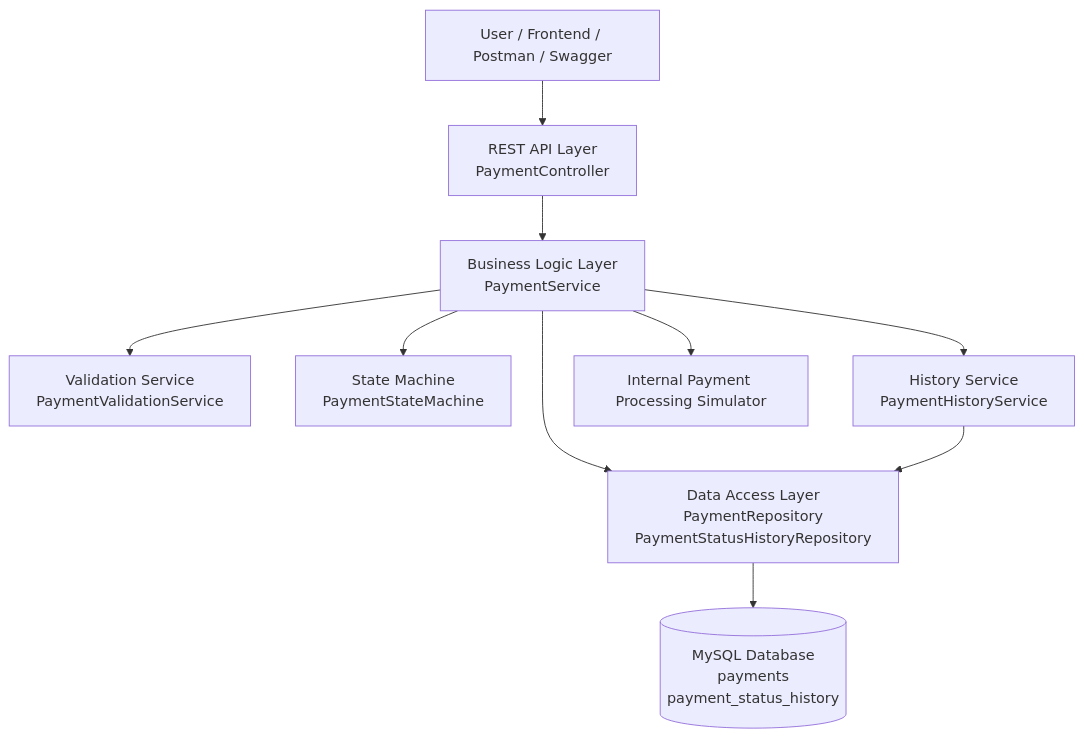
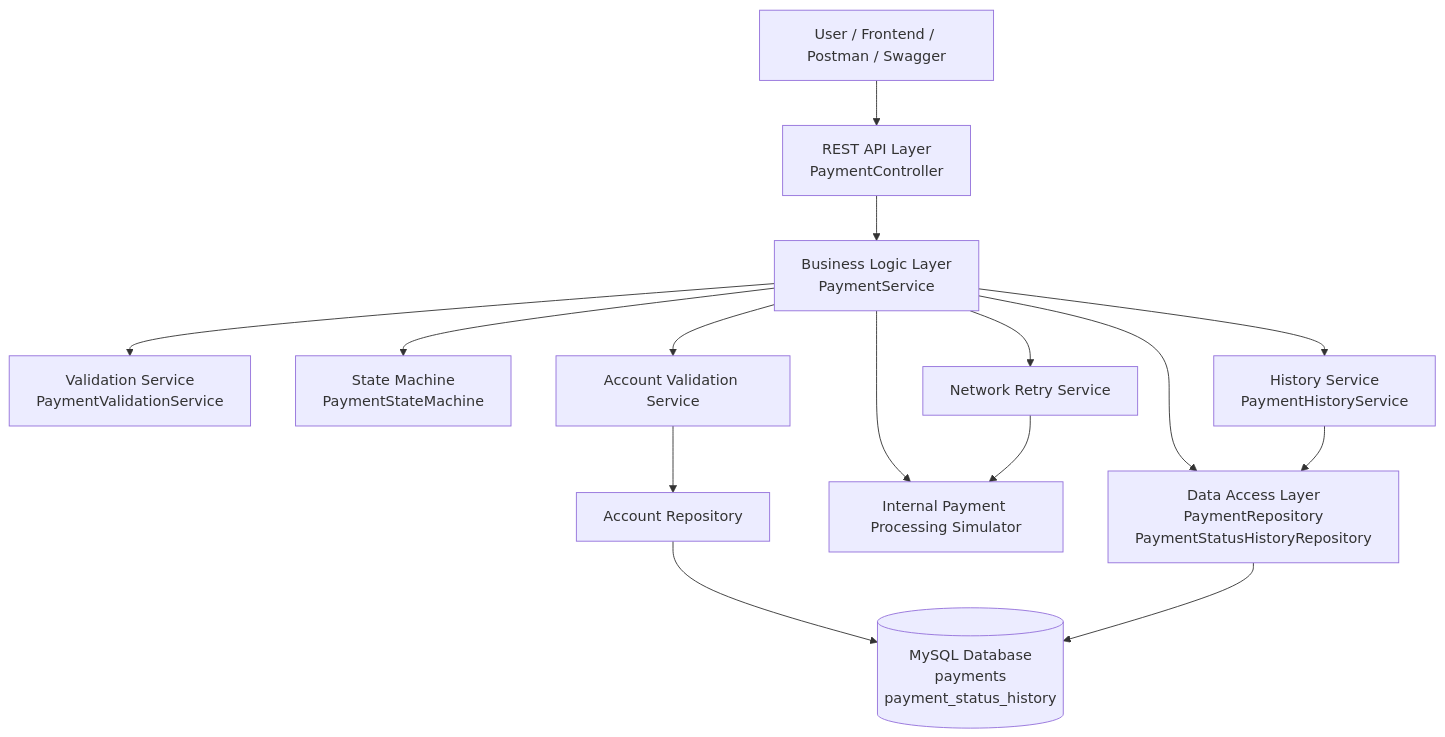
Before and after one commit to Neueda-Learning/MidnightBuilders: the first of 4 diagrams in docs/architecture.md, drawn with Mermaid. The commit also changed other lines of this file and 31 other files, not shown here.

````diff
--- a/docs/architecture.md
+++ b/docs/architecture.md
@@ -44,34 +46,43 @@
 ```mermaid
 flowchart TD
 
     User[User / Frontend / Postman / Swagger]
 
     Controller[REST API Layer<br/>PaymentController]
 
     Service[Business Logic Layer<br/>PaymentService]
 
     Validation[Validation Service<br/>PaymentValidationService]
 
     StateMachine[State Machine<br/>PaymentStateMachine]
 
     HistoryService[History Service<br/>PaymentHistoryService]
 
     Repository[Data Access Layer<br/>PaymentRepository<br/>PaymentStatusHistoryRepository]
 
     Database[(MySQL Database<br/>payments<br/>payment_status_history)]
 
     Simulator[Internal Payment Processing Simulator]
 
+    AccountValidation[Account Validation Service]
+    AccountRepository[Account Repository]
+    Retry[Network Retry Service]
+
     User --> Controller
     Controller --> Service
 
     Service --> Validation
     Service --> StateMachine
     Service --> Simulator
+    Service --> AccountValidation
+    AccountValidation --> AccountRepository
+    AccountRepository --> Database
+    Service --> Retry
+    Retry --> Simulator
     Service --> HistoryService
     Service --> Repository
 
     HistoryService --> Repository
 
     Repository --> Database
 ```
````
